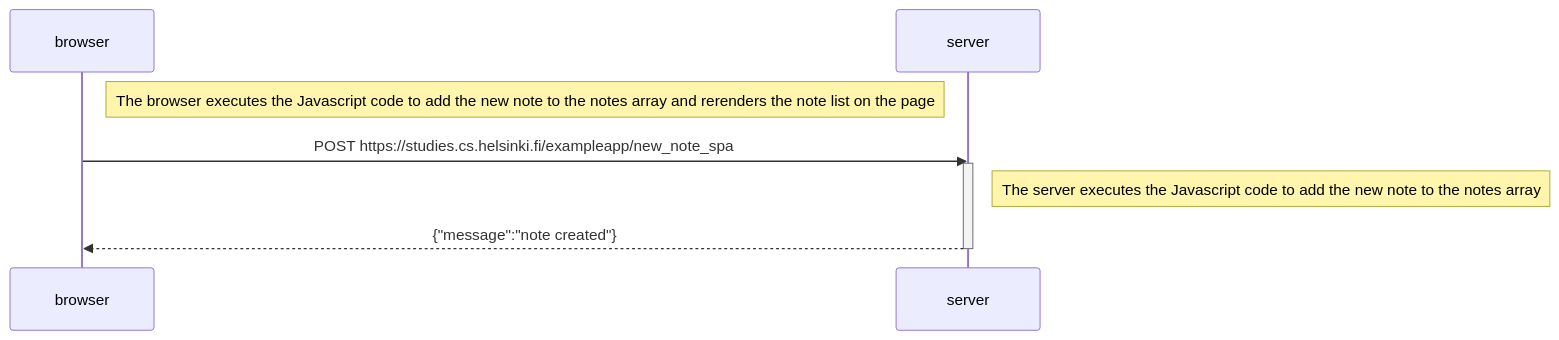
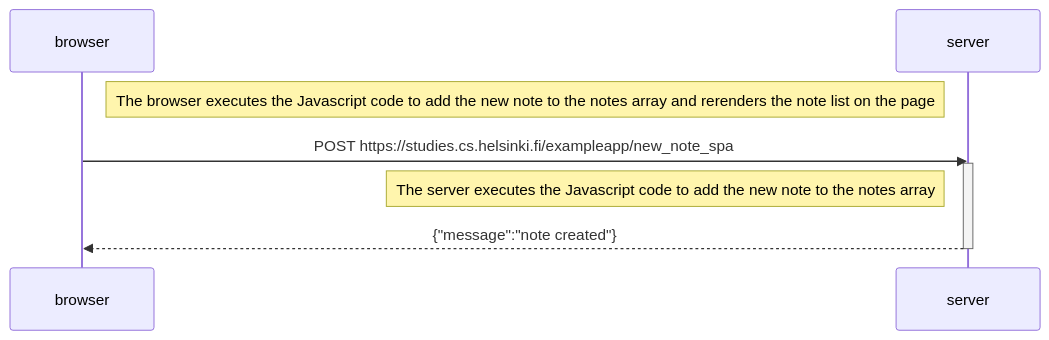
The diagram in part0/part0_ex6.md (NicolaCasagrande25/fullstackopen), drawn with Mermaid before and after one commit.

````diff
--- a/part0/part0_ex6.md
+++ b/part0/part0_ex6.md
@@ -1,13 +1,13 @@
 ```mermaid
 sequenceDiagram
     participant browser
     participant server
 
     Note right of browser: The browser executes the Javascript code to add the new note to the notes array and rerenders the note list on the page
 
     browser->>server: POST https://studies.cs.helsinki.fi/exampleapp/new_note_spa
     activate server
-    Note right of server: The server executes the Javascript code to add the new note to the notes array
+    Note left of server: The server executes the Javascript code to add the new note to the notes array
     server-->>browser: {"message":"note created"}
     deactivate server
 ```
````
